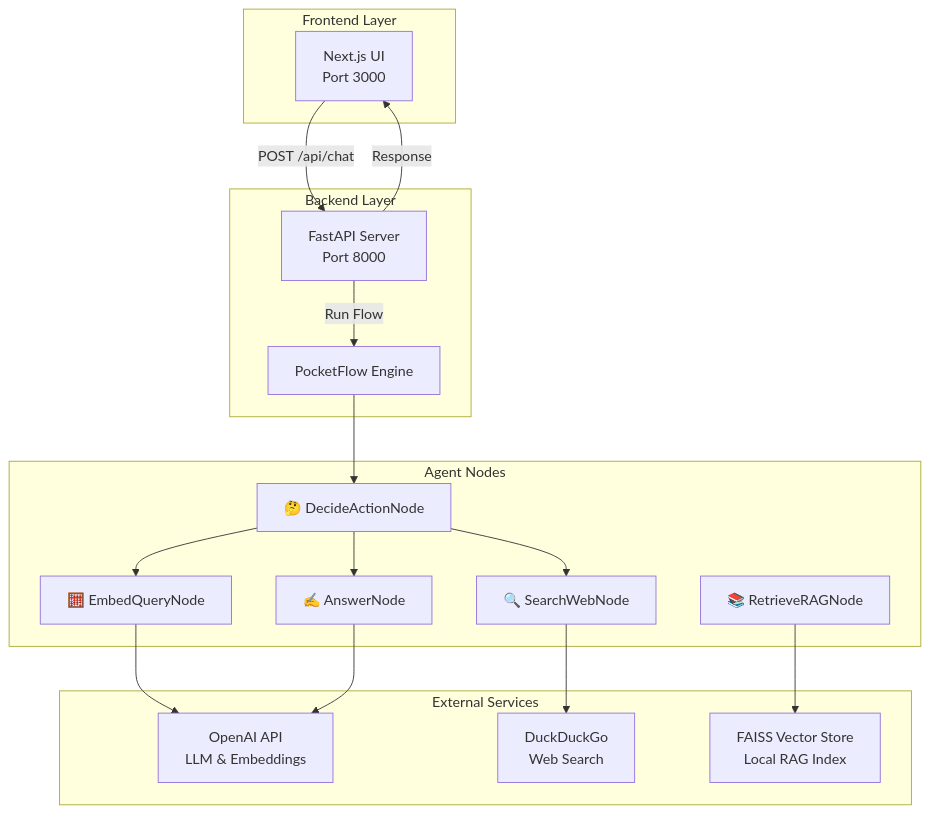
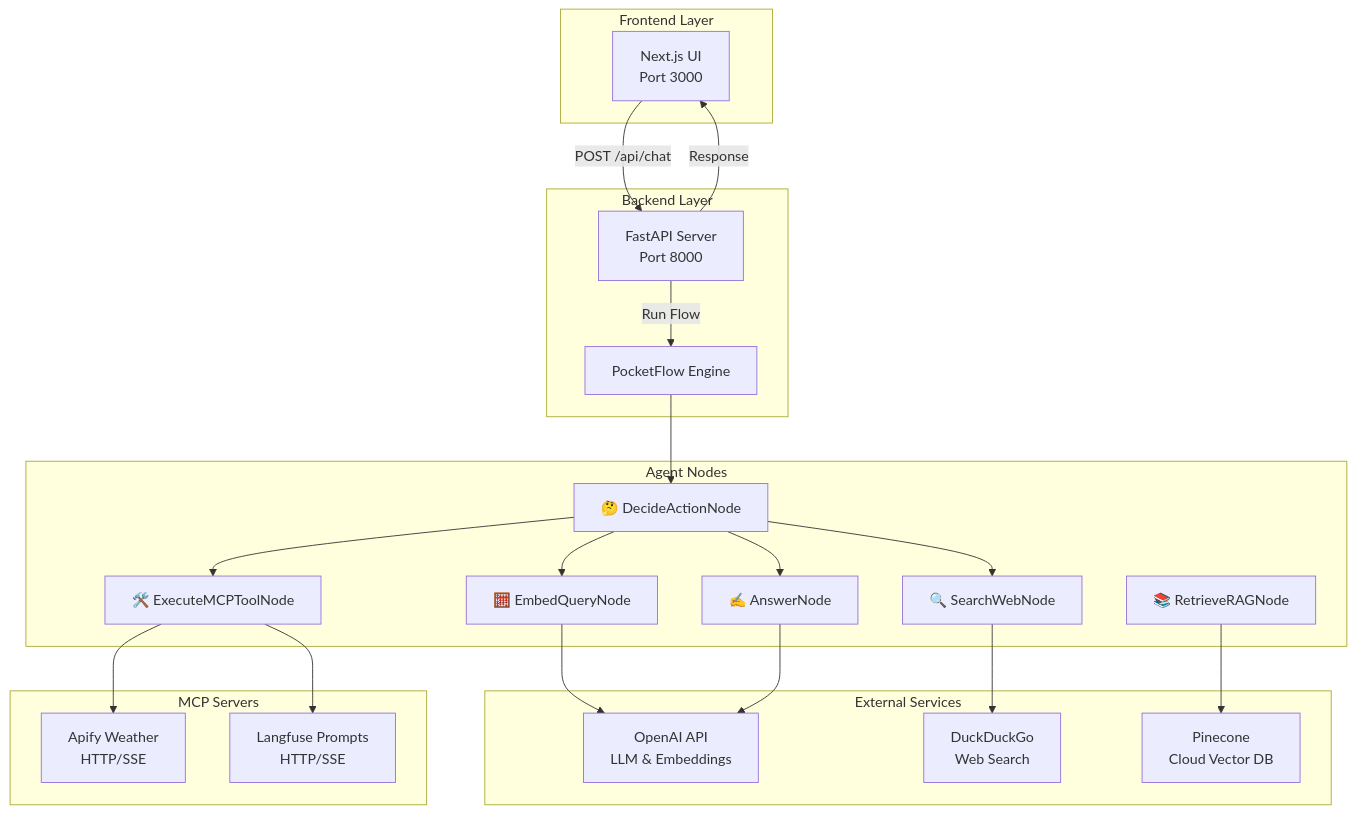
The first of 6 diagrams in ARCHITECTURE.md (Clemboutier/MainAgent), drawn with Mermaid before and after one commit. The commit also changed other lines of this file, not shown here.

First line of the commit message:
Revise Arch Doc to add Pinecone and MCP tools

````diff
--- a/ARCHITECTURE.md
+++ b/ARCHITECTURE.md
@@ -11,40 +11,49 @@
 ```mermaid
 graph TB
     subgraph "Frontend Layer"
         UI[Next.js UI<br/>Port 3000]
     end
     
     subgraph "Backend Layer"
         API[FastAPI Server<br/>Port 8000]
         Flow[PocketFlow Engine]
     end
     
     subgraph "Agent Nodes"
         Decide[🤔 DecideActionNode]
         Search[🔍 SearchWebNode]
         Embed[🧮 EmbedQueryNode]
         Retrieve[📚 RetrieveRAGNode]
+        ExecuteTool[🛠️ ExecuteMCPToolNode]
         Answer[✍️ AnswerNode]
     end
     
     subgraph "External Services"
         OpenAI[OpenAI API<br/>LLM & Embeddings]
         DuckDuckGo[DuckDuckGo<br/>Web Search]
-        FAISS[FAISS Vector Store<br/>Local RAG Index]
+        Pinecone[Pinecone<br/>Cloud Vector DB]
+    end
+    
+    subgraph "MCP Servers"
+        Weather[Apify Weather<br/>HTTP/SSE]
+        Langfuse[Langfuse Prompts<br/>HTTP/SSE]
     end
     
     UI -->|POST /api/chat| API
     API -->|Run Flow| Flow
     Flow --> Decide
     
     Decide --> Search
     Decide --> Embed
+    Decide --> ExecuteTool
     Decide --> Answer
     
     Search --> DuckDuckGo
     Embed --> OpenAI
-    Retrieve --> FAISS
+    Retrieve --> Pinecone
+    ExecuteTool --> Weather
+    ExecuteTool --> Langfuse
     Answer --> OpenAI
     
     API -->|Response| UI
 ```
````
